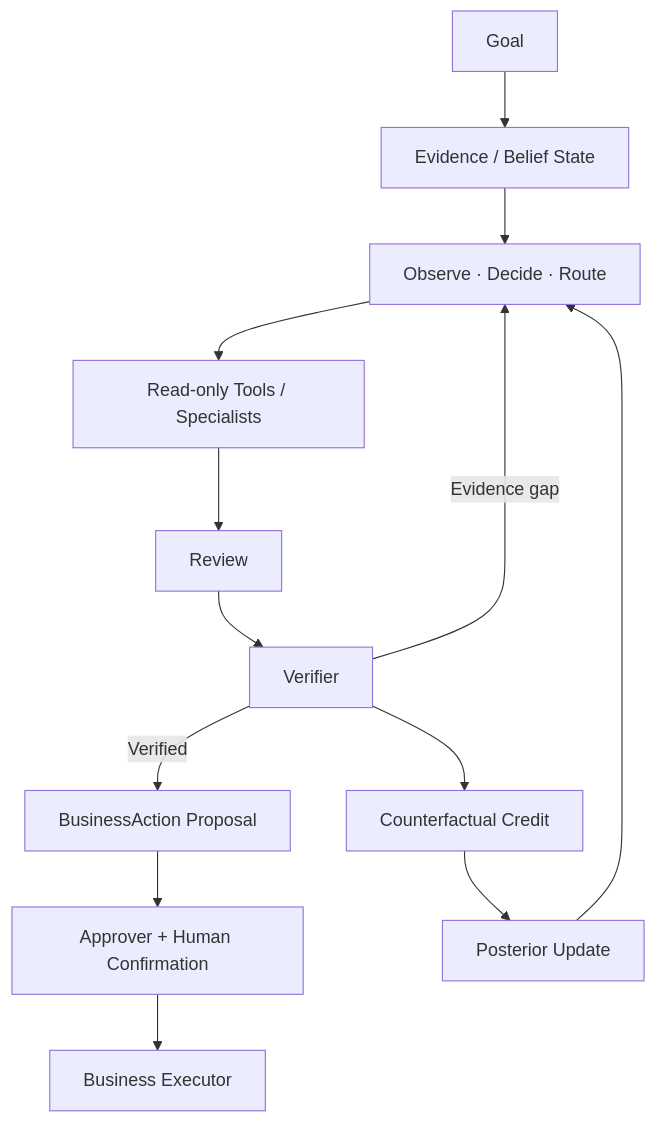
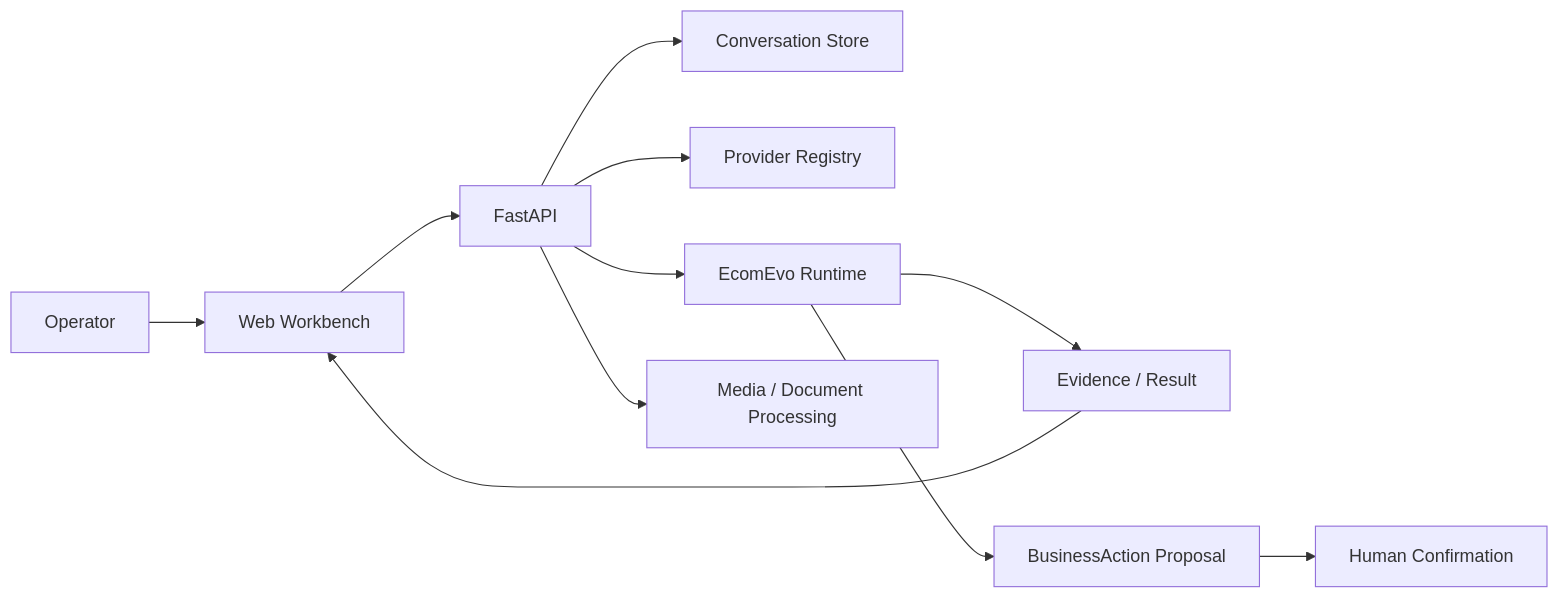
Before and after one commit to jiaweine/EcomEvo-Harness: the diagram in README.md, drawn with Mermaid. The commit also changed other lines of this file and 15 other files, not shown here.

````diff
--- a/README.md
+++ b/README.md
@@ -120,15 +279,13 @@
 ```mermaid
-flowchart TD
-    G[Goal] --> E[Evidence / Belief State]
-    E --> D[Observe · Decide · Route]
-    D --> T[Read-only Tools / Specialists]
-    T --> R[Review]
-    R --> V[Verifier]
-    V -->|Evidence gap| D
-    V -->|Verified| P[BusinessAction Proposal]
-    V --> C[Counterfactual Credit]
-    C --> U[Posterior Update]
-    U --> D
-    P --> A[Approver + Human Confirmation]
-    A --> X[Business Executor]
+flowchart LR
+    U[Operator] --> W[Web Workbench]
+    W --> A[FastAPI]
+    A --> C[Conversation Store]
+    A --> P[Provider Registry]
+    A --> R[EcomEvo Runtime]
+    A --> M[Media / Document Processing]
+    R --> E[Evidence / Result]
+    E --> W
+    R --> B[BusinessAction Proposal]
+    B --> H[Human Confirmation]
 ```
````
